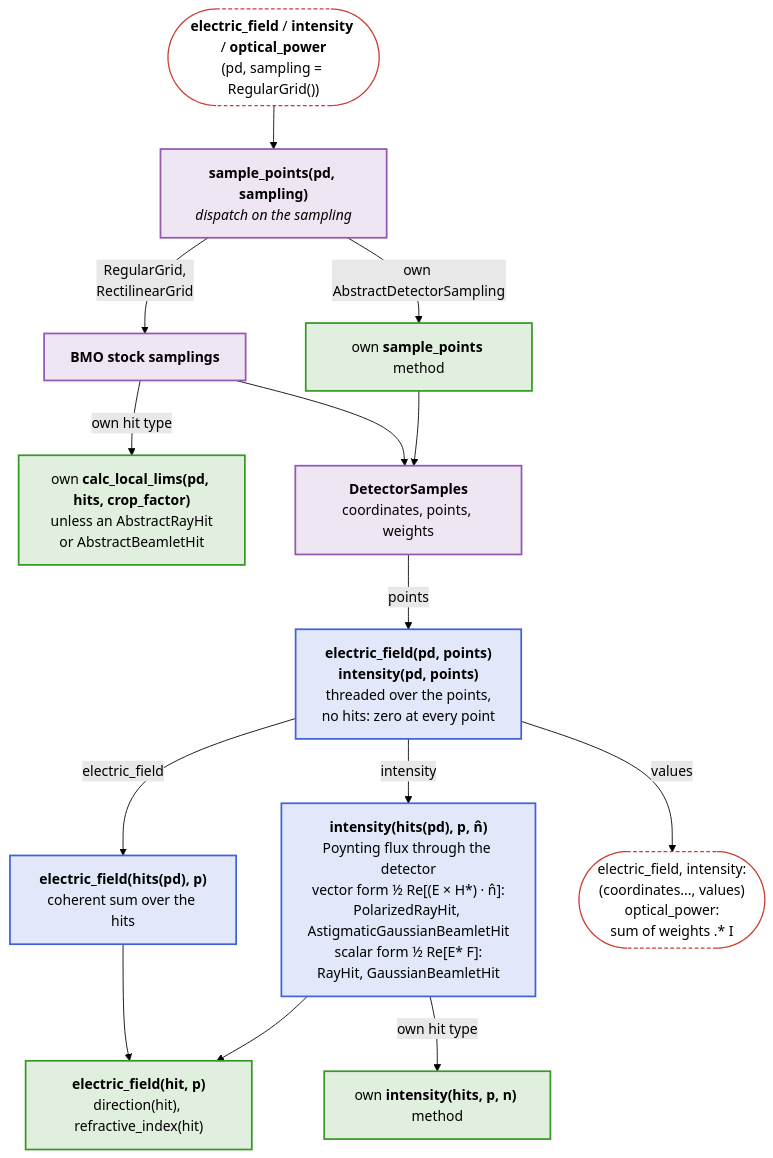
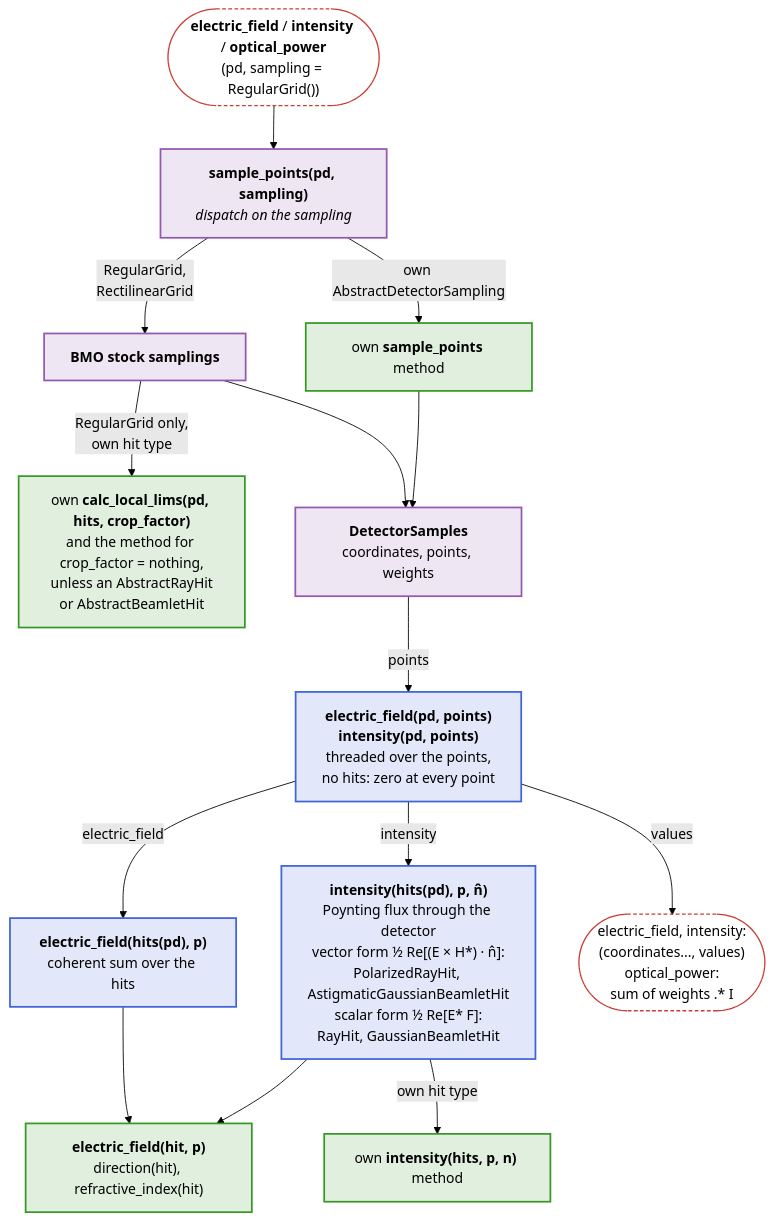
The second of 3 diagrams in docs/src/api/detectors.md (JuliaPhysics/BeamletOptics.jl), drawn with Mermaid (forest theme) before and after one commit. The commit also changed other lines of this file and 63 other files, not shown here.

First line of the commit message:
Docs: align docs and docstrings with the code, drop color legends of the diagrams

````diff
--- a/docs/src/api/detectors.md
+++ b/docs/src/api/detectors.md
@@ -41,38 +41,38 @@
 ```mermaid
 flowchart TB
     R(["<b>electric_field</b> / <b>intensity</b> / <b>optical_power</b><br/>(pd, sampling = RegularGrid())"])
     SP["<b>sample_points(pd, sampling)</b><br/><i>dispatch on the sampling</i>"]
     BMO["<b>BMO stock samplings</b><br/>"]
     OWN["own <b>sample_points</b> method"]
-    LIM["own <b>calc_local_lims(pd, hits, crop_factor)</b><br/>unless an AbstractRayHit<br/>or AbstractBeamletHit"]
+    LIM["own <b>calc_local_lims(pd, hits, crop_factor)</b><br/>and the method for crop_factor = nothing,<br/>unless an AbstractRayHit<br/>or AbstractBeamletHit"]
     DS["<b>DetectorSamples</b><br/>coordinates, points, weights"]
     PT["<b>electric_field(pd, points)</b><br/><b>intensity(pd, points)</b><br/>threaded over the points,<br/>no hits: zero at every point"]
     SUM["<b>electric_field(hits(pd), p)</b><br/>coherent sum over the hits"]
     IH["<b>intensity(hits(pd), p, n̂)</b><br/>Poynting flux through the detector<br/>vector form ½ Re[(E × H*) · n̂]:<br/>PolarizedRayHit, AstigmaticGaussianBeamletHit<br/>scalar form ½ Re[E* F]:<br/>RayHit, GaussianBeamletHit"]
     RET(["electric_field, intensity:<br/>(coordinates..., values)<br/>optical_power:<br/>sum of weights .* I"])
     OWNI["own <b>intensity(hits, p, n)</b> method"]
     EF["<b>electric_field(hit, p)</b><br/>direction(hit), refractive_index(hit)"]
 
     R --> SP
     SP -- "RegularGrid,<br/>RectilinearGrid" --> BMO
     SP -- "own AbstractDetectorSampling" --> OWN
-    BMO -- "own hit type" --> LIM
+    BMO -- "RegularGrid only,<br/>own hit type" --> LIM
     BMO --> DS
     OWN --> DS
     DS -- points --> PT
     PT -- electric_field --> SUM
     PT -- intensity --> IH
     PT -- values --> RET
     IH -- "own hit type" --> OWNI
     SUM --> EF
     IH --> EF
 
     classDef blue fill:#4063D826,stroke:#4063D8,stroke-width:2px
     classDef green fill:#38982626,stroke:#389826,stroke-width:2px
     classDef purple fill:#9558B226,stroke:#9558B2,stroke-width:2px
     classDef terminal fill:transparent,stroke:#CB3C33,stroke-width:1.5px,stroke-dasharray:4 3
     class SP,BMO,DS purple
     class PT,SUM,IH blue
     class OWN,LIM,OWNI,EF green
     class R,RET terminal
 ```
````
